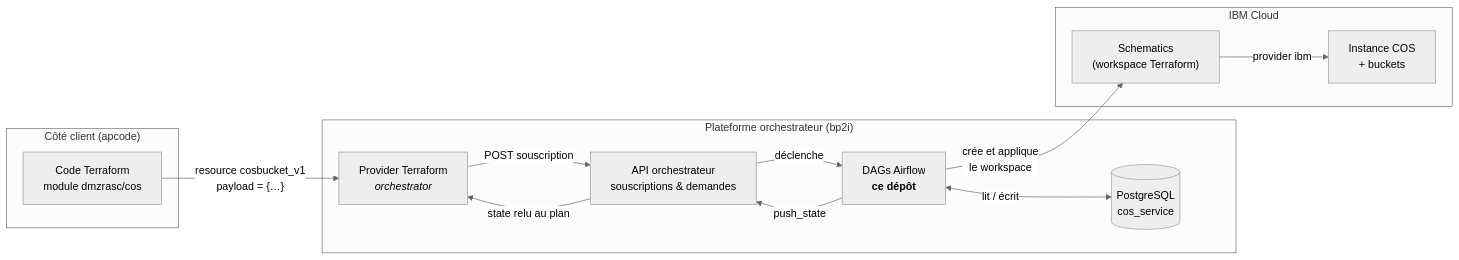
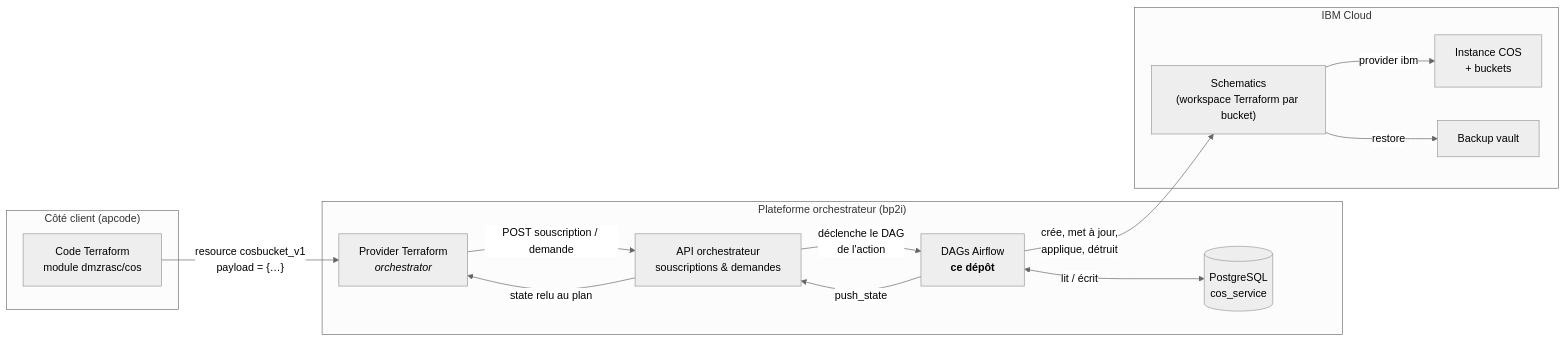
Before and after one commit to karimessouabni/cos: the first of 6 diagrams in cos/README.md, drawn with Mermaid (neutral theme). The commit also changed other lines of this file, not shown here.

````diff
--- a/cos/README.md
+++ b/cos/README.md
@@ -18,27 +19,29 @@
 ```mermaid
 flowchart LR
     subgraph Client["Côté client (apcode)"]
         HCL["Code Terraform<br/>module dmzrasc/cos"]
     end
 
     subgraph Plateforme["Plateforme orchestrateur (bp2i)"]
         PROV["Provider Terraform<br/><i>orchestrator</i>"]
         API["API orchestrateur<br/>souscriptions & demandes"]
         DAG["DAGs Airflow<br/><b>ce dépôt</b>"]
         DB[("PostgreSQL<br/>cos_service")]
     end
 
     subgraph IBM["IBM Cloud"]
-        SCH["Schematics<br/>(workspace Terraform)"]
+        SCH["Schematics<br/>(workspace Terraform par bucket)"]
         COS["Instance COS<br/>+ buckets"]
+        BV["Backup vault"]
     end
 
     HCL -->|"resource cosbucket_v1<br/>payload = {…}"| PROV
-    PROV -->|"POST souscription"| API
-    API -->|"déclenche"| DAG
+    PROV -->|"POST souscription / demande"| API
+    API -->|"déclenche le DAG<br/>de l'action"| DAG
     DAG <-->|"lit / écrit"| DB
-    DAG -->|"crée et applique<br/>le workspace"| SCH
+    DAG -->|"crée, met à jour,<br/>applique, détruit"| SCH
     SCH -->|"provider ibm"| COS
+    SCH -->|"restore"| BV
     DAG -->|"push_state"| API
     API -->|"state relu au plan"| PROV
 ```
````
